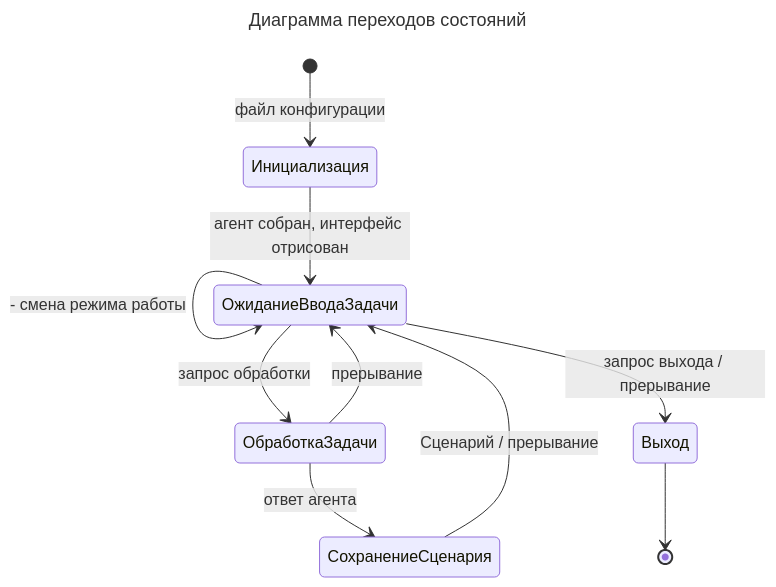
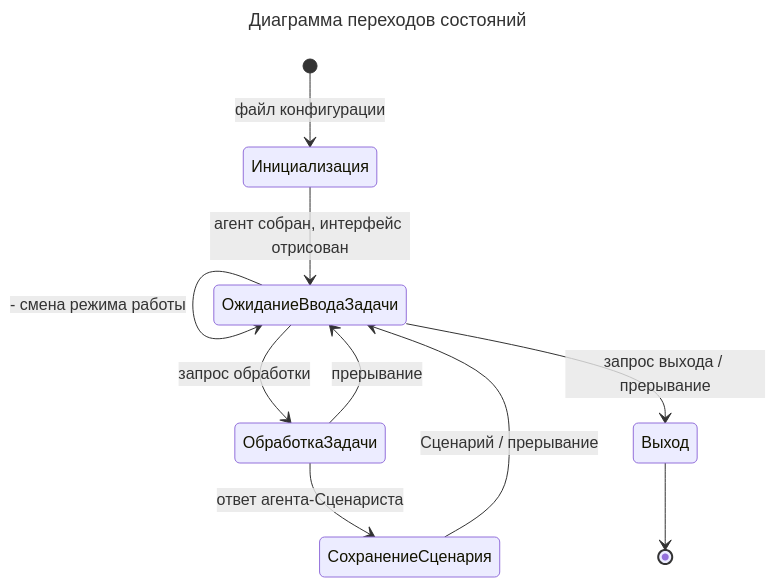
One commit to CHSU-scenarAIst/diagrammy changed the diagram in 4. Диаграмма переходов состояний.md. Above: the diagram before and after it, drawn with Mermaid. The commit also changed other lines of this file and 13 other files, not shown here.

````diff
--- a/4. Диаграмма переходов состояний.md
+++ b/4. Диаграмма переходов состояний.md
@@ -6,22 +6,22 @@
 ```mermaid
 ---
 title: Диаграмма переходов состояний
 ---
 stateDiagram-v2
     [*] --> Инициализация: файл конфигурации
 
     Инициализация --> ОжиданиеВводаЗадачи : агент собран, интерфейс отрисован
 
     ОжиданиеВводаЗадачи --> ОжиданиеВводаЗадачи : - добавление / удаление задачи
     ОжиданиеВводаЗадачи --> ОжиданиеВводаЗадачи : - загрузка задач из файла
     ОжиданиеВводаЗадачи --> ОжиданиеВводаЗадачи : - смена режима работы
     ОжиданиеВводаЗадачи --> ОбработкаЗадачи : запрос обработки
 
-    ОбработкаЗадачи --> СохранениеСценария : ответ агента
+    ОбработкаЗадачи --> СохранениеСценария : ответ агента-Сценариста
     ОбработкаЗадачи --> ОжиданиеВводаЗадачи : прерывание
 
     СохранениеСценария --> ОжиданиеВводаЗадачи : Сценарий / прерывание
 
     ОжиданиеВводаЗадачи --> Выход : запрос выхода / прерывание
     Выход --> [*]
 ```
````
